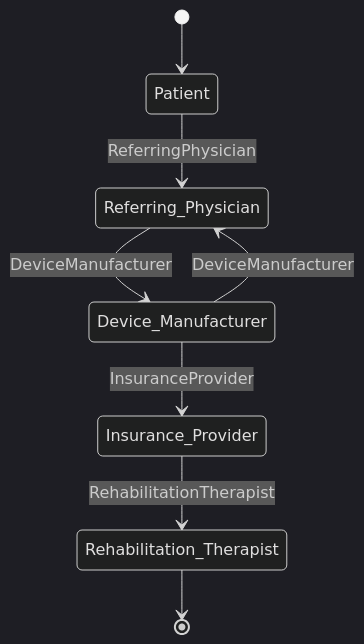
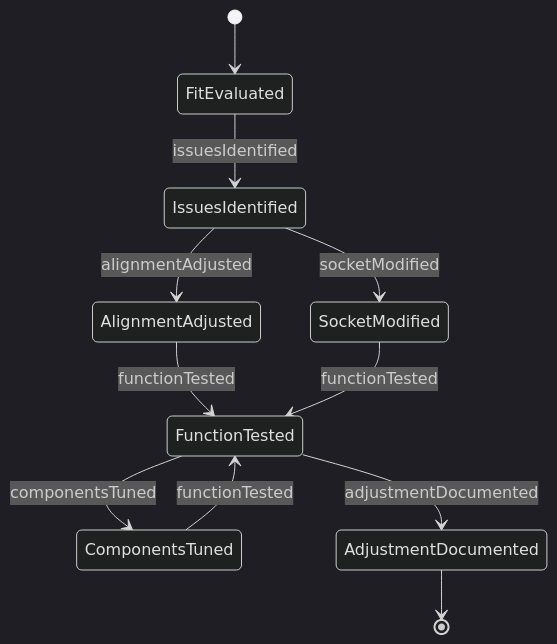
Before and after one commit to dot-org-ai/tasks.org.ai: the second of 4 diagrams in HandlingAndMovingObjects/AdjustMedicalEquipmentToEnsureAdequatePerformance/AdjustProsthesesAssistiveDevices.mdx, drawn with Mermaid (dark theme). The commit also changed other lines of this file and 40 other files, not shown here.

First line of the commit message:
fix: Replace Actor-based ER and State diagrams with Entity/Event-based diagrams in 41 HandlingAndMovingObjects DWA files

````diff
--- a/HandlingAndMovingObjects/AdjustMedicalEquipmentToEnsureAdequatePerformance/AdjustProsthesesAssistiveDevices.mdx
+++ b/HandlingAndMovingObjects/AdjustMedicalEquipmentToEnsureAdequatePerformance/AdjustProsthesesAssistiveDevices.mdx
@@ -101,10 +101,13 @@
 ```mermaid
 stateDiagram-v2
-    [*] --> Patient
-    Patient --> Referring_Physician: ReferringPhysician
-    Referring_Physician --> Device_Manufacturer: DeviceManufacturer
-    Device_Manufacturer --> Insurance_Provider: InsuranceProvider
-    Insurance_Provider --> Rehabilitation_Therapist: RehabilitationTherapist
-    Device_Manufacturer --> Referring_Physician: DeviceManufacturer
-    Rehabilitation_Therapist --> [*]
+    [*] --> FitEvaluated
+    FitEvaluated --> IssuesIdentified : issuesIdentified
+    IssuesIdentified --> AlignmentAdjusted : alignmentAdjusted
+    IssuesIdentified --> SocketModified : socketModified
+    AlignmentAdjusted --> FunctionTested : functionTested
+    SocketModified --> FunctionTested : functionTested
+    FunctionTested --> ComponentsTuned : componentsTuned
+    ComponentsTuned --> FunctionTested : functionTested
+    FunctionTested --> AdjustmentDocumented : adjustmentDocumented
+    AdjustmentDocumented --> [*]
 ```
````
